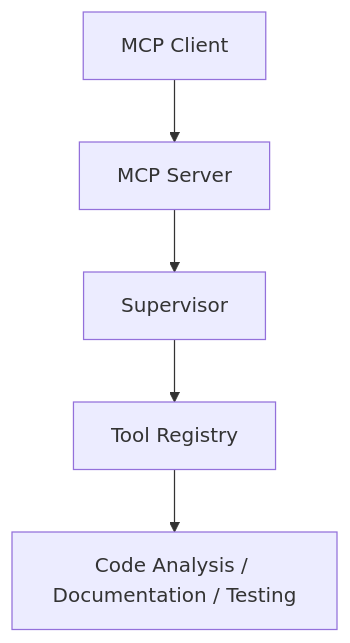
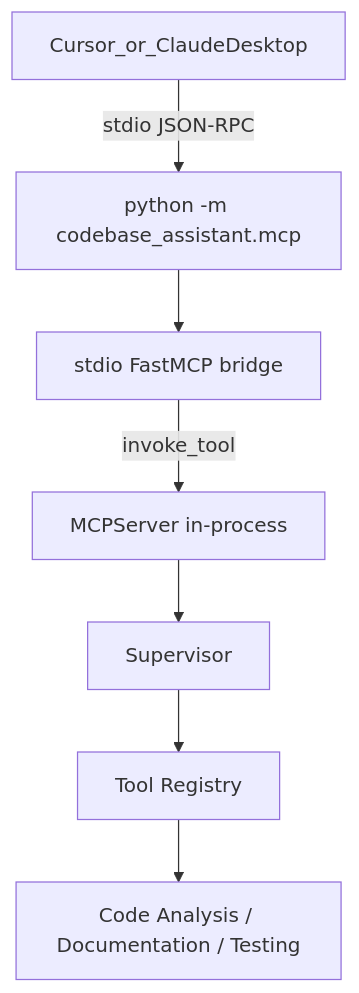
The third of 3 diagrams in Project/README.md (Huzaifa859/AgenticAI-Intern-Huzaifa-Saboor-), drawn with Mermaid before and after one commit. The commit also changed other lines of this file and 7 other files, not shown here.

Commit message:
Add official MCP stdio server and CLI entrypoint for external hosts.

````diff
--- a/Project/README.md
+++ b/Project/README.md
@@ -155,8 +162,15 @@
 ```mermaid
 flowchart TD
-    Client[MCP Client]
-    Client --> Server[MCP Server]
-    Server --> Supervisor[Supervisor]
-    Supervisor --> Registry[Tool Registry]
+    Host[Cursor_or_ClaudeDesktop]
+    CLI["python -m codebase_assistant.mcp"]
+    Bridge[stdio FastMCP bridge]
+    Local[MCPServer in-process]
+    Supervisor[Supervisor]
+    Registry[Tool Registry]
+    Host -->|stdio JSON-RPC| CLI
+    CLI --> Bridge
+    Bridge -->|invoke_tool| Local
+    Local --> Supervisor
+    Supervisor --> Registry
     Registry --> Agents[Code Analysis / Documentation / Testing]
 ```
````
